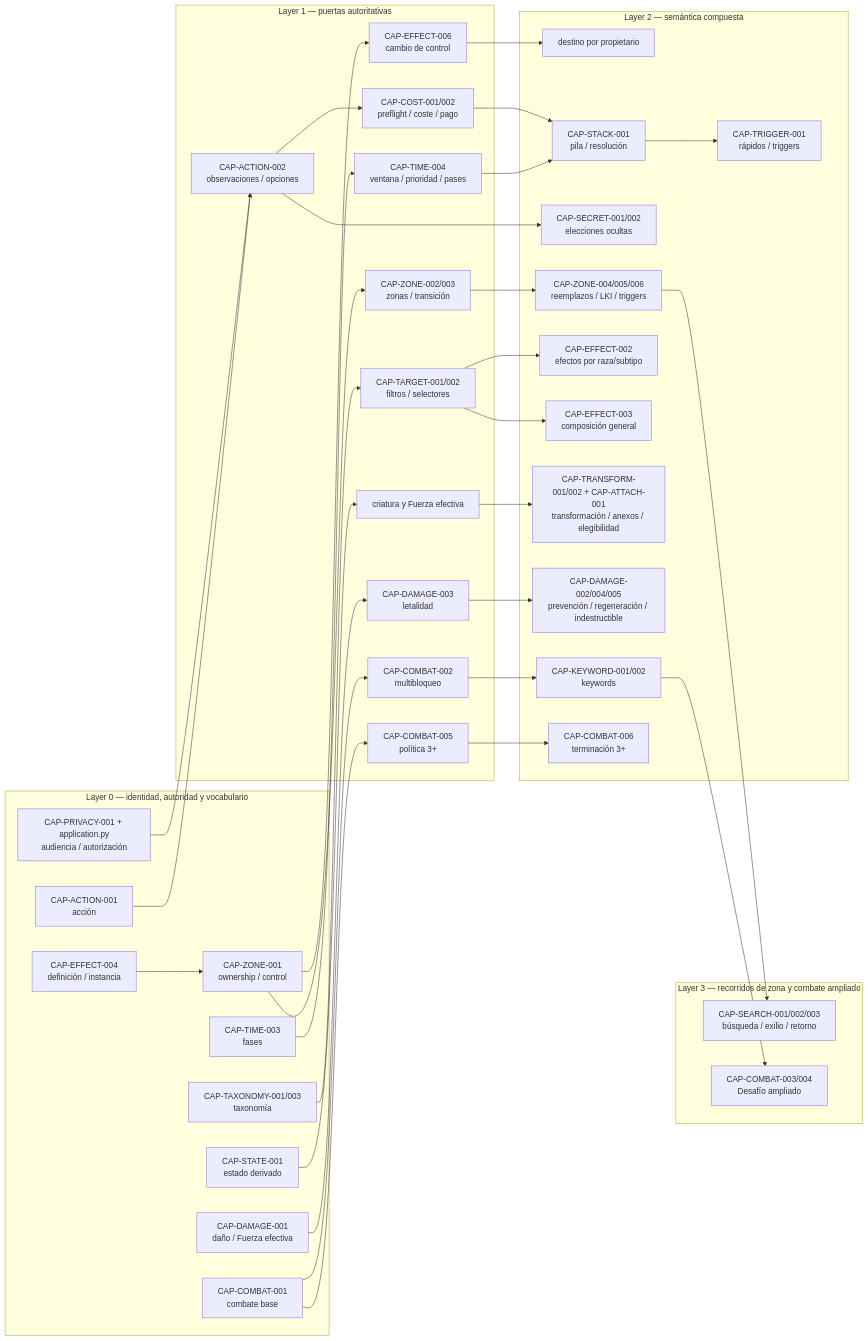
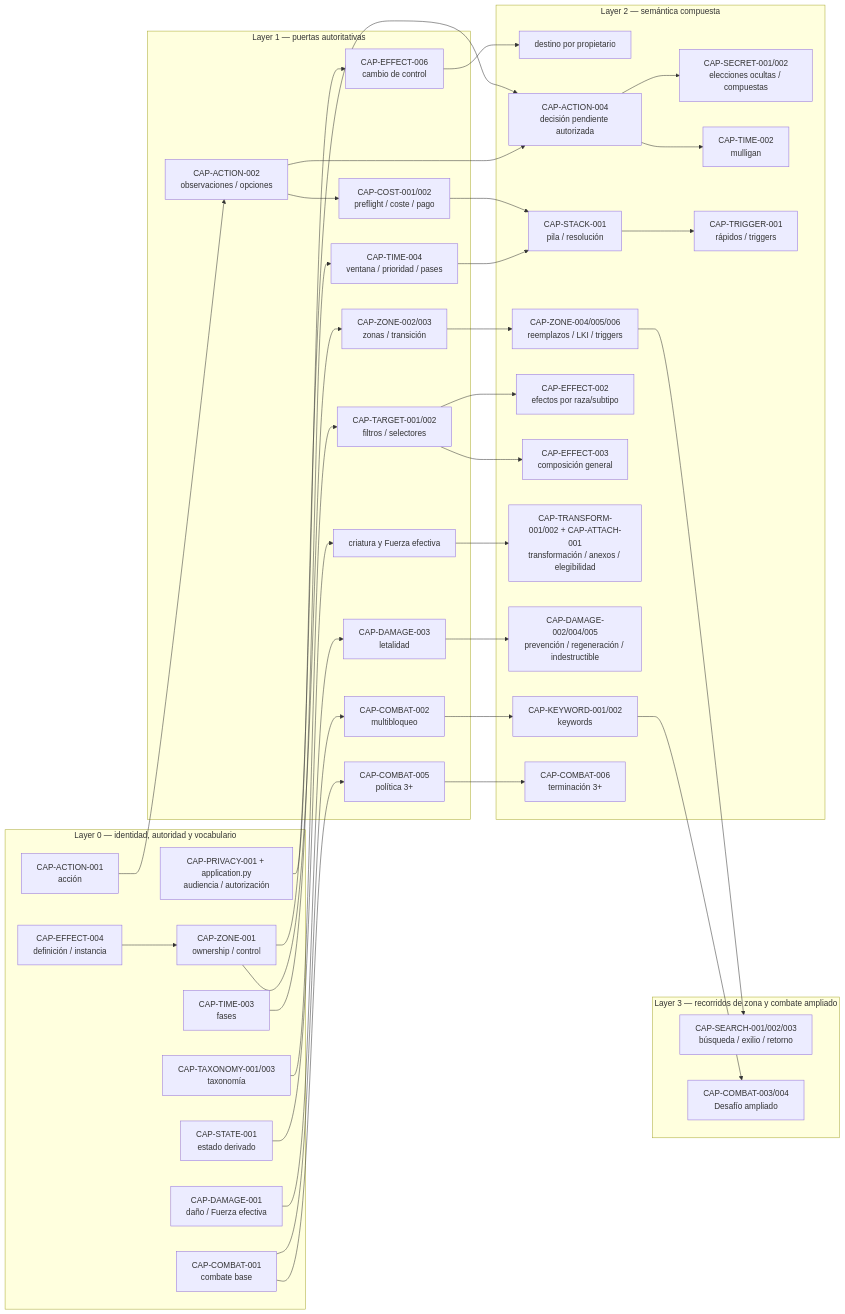
Before and after one commit to Alphonsus411/card_duel: the diagram in docs/ENGINE_CAPABILITY_DEPENDENCIES.md, drawn with Mermaid. The commit also changed other lines of this file and 3 other files, not shown here.

````diff
--- a/docs/ENGINE_CAPABILITY_DEPENDENCIES.md
+++ b/docs/ENGINE_CAPABILITY_DEPENDENCIES.md
@@ -99,55 +100,59 @@
 ```mermaid
 flowchart LR
   subgraph L0[Layer 0 — identidad, autoridad y vocabulario]
     E4[CAP-EFFECT-004<br/>definición / instancia]
     Z1[CAP-ZONE-001<br/>ownership / control]
     P1[CAP-PRIVACY-001 + application.py<br/>audiencia / autorización]
     A1[CAP-ACTION-001<br/>acción]
     T3[CAP-TIME-003<br/>fases]
     TX[CAP-TAXONOMY-001/003<br/>taxonomía]
     S1[CAP-STATE-001<br/>estado derivado]
     D1[CAP-DAMAGE-001<br/>daño / Fuerza efectiva]
     C1[CAP-COMBAT-001<br/>combate base]
   end
   subgraph L1[Layer 1 — puertas autoritativas]
     E6[CAP-EFFECT-006<br/>cambio de control]
     Z2[CAP-ZONE-002/003<br/>zonas / transición]
     O[CAP-ACTION-002<br/>observaciones / opciones]
     CO[CAP-COST-001/002<br/>preflight / coste / pago]
     W[CAP-TIME-004<br/>ventana / prioridad / pases]
     SEL[CAP-TARGET-001/002<br/>filtros / selectores]
     CR[criatura y Fuerza efectiva]
     LET[CAP-DAMAGE-003<br/>letalidad]
     MB[CAP-COMBAT-002<br/>multibloqueo]
     MP[CAP-COMBAT-005<br/>política 3+]
   end
   subgraph L2[Layer 2 — semántica compuesta]
     OWN[destino por propietario]
     ZR[CAP-ZONE-004/005/006<br/>reemplazos / LKI / triggers]
-    SEC[CAP-SECRET-001/002<br/>elecciones ocultas]
+    DEC[CAP-ACTION-004<br/>decisión pendiente autorizada]
+    SEC[CAP-SECRET-001/002<br/>elecciones ocultas / compuestas]
+    MUL[CAP-TIME-002<br/>mulligan]
     ST[CAP-STACK-001<br/>pila / resolución]
     RT[CAP-TRIGGER-001<br/>rápidos / triggers]
     RACE[CAP-EFFECT-002<br/>efectos por raza/subtipo]
     COMP[CAP-EFFECT-003<br/>composición general]
     FORM[CAP-TRANSFORM-001/002 + CAP-ATTACH-001<br/>transformación / anexos / elegibilidad]
     SURV[CAP-DAMAGE-002/004/005<br/>prevención / regeneración / indestructible]
     KW[CAP-KEYWORD-001/002<br/>keywords]
     END[CAP-COMBAT-006<br/>terminación 3+]
   end
   subgraph L3[Layer 3 — recorridos de zona y combate ampliado]
     SEARCH[CAP-SEARCH-001/002/003<br/>búsqueda / exilio / retorno]
     CH[CAP-COMBAT-003/004<br/>Desafío ampliado]
   end
 
   E4 --> Z1 --> E6 --> OWN
   Z1 --> Z2 --> ZR --> SEARCH
-  P1 --> O --> SEC
-  A1 --> O --> CO --> ST
+  P1 --> DEC
+  A1 --> O --> DEC --> SEC
+  DEC --> MUL
+  O --> CO --> ST
   T3 --> W --> ST --> RT
   TX --> SEL --> RACE
   SEL --> COMP
   S1 --> CR --> FORM
   D1 --> LET --> SURV
   C1 --> MB --> KW --> CH
   C1 --> MP --> END
 ```
````
